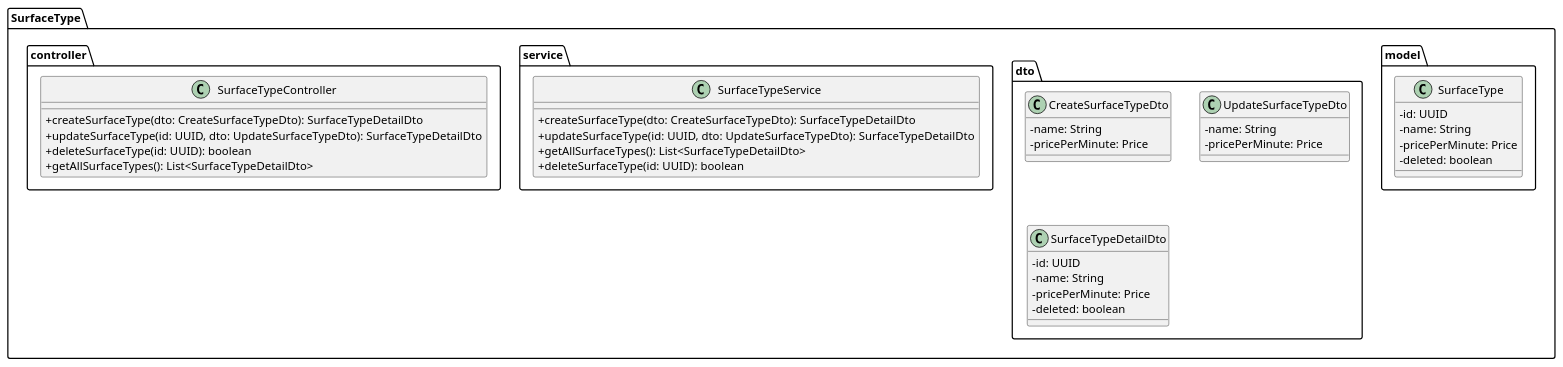
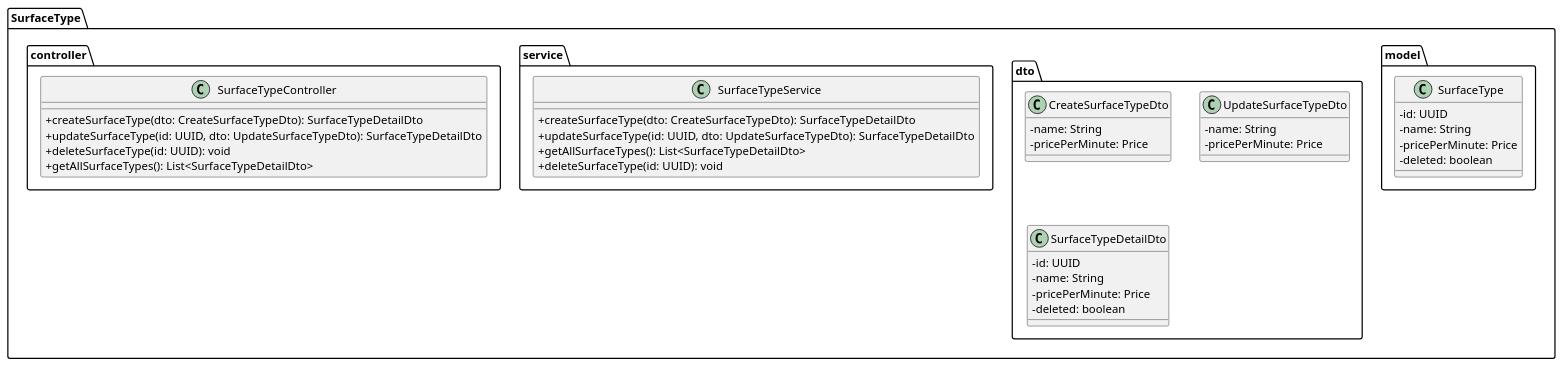
One commit to tondracek/inqool-tennis changed the diagram in docs/diagram/class-surfaceType.puml. Above: the diagram before and after it, drawn with PlantUML. The commit also changed 7 other files, not shown here.

```diff
--- a/docs/diagram/class-surfaceType.puml
+++ b/docs/diagram/class-surfaceType.puml
@@ -1,54 +1,54 @@
 @startuml
 
 skinparam classAttributeIconSize 0
 
 package "SurfaceType" {
 
 	package "model" {
 	  class SurfaceType {
       - id: UUID
       - name: String
       - pricePerMinute: Price
       - deleted: boolean
     }
 	}
 
 	package "dto" {
 	  class CreateSurfaceTypeDto {
 	    - name: String
 	    - pricePerMinute: Price
 	  }
 
 	  class UpdateSurfaceTypeDto {
 	    - name: String
 	    - pricePerMinute: Price
 	  }
 
 	  class SurfaceTypeDetailDto {
 	    - id: UUID
 	    - name: String
 	    - pricePerMinute: Price
 	    - deleted: boolean
 	  }
 	}
 
 	package "service" {
 		class SurfaceTypeService {
 			+ createSurfaceType(dto: CreateSurfaceTypeDto): SurfaceTypeDetailDto
 			+ updateSurfaceType(id: UUID, dto: UpdateSurfaceTypeDto): SurfaceTypeDetailDto
 			+ getAllSurfaceTypes(): List<SurfaceTypeDetailDto>
-			+ deleteSurfaceType(id: UUID): boolean
+			+ deleteSurfaceType(id: UUID): void
 		}
 	}
 
 	package "controller" {
 		class SurfaceTypeController {
 			+ createSurfaceType(dto: CreateSurfaceTypeDto): SurfaceTypeDetailDto
 			+ updateSurfaceType(id: UUID, dto: UpdateSurfaceTypeDto): SurfaceTypeDetailDto
-			+ deleteSurfaceType(id: UUID): boolean
+			+ deleteSurfaceType(id: UUID): void
 			+ getAllSurfaceTypes(): List<SurfaceTypeDetailDto>
 		}
 	}
 }
 
 @enduml
```
